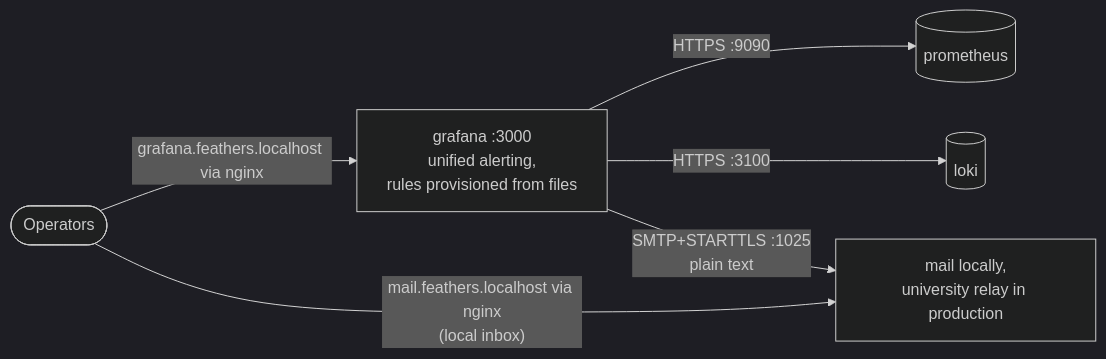
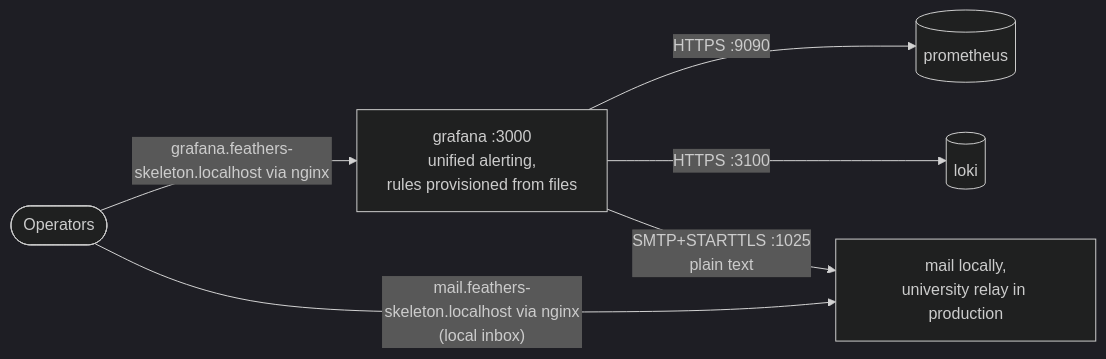
One commit to rabalyn/feathers-skeleton-stack changed the third of 3 diagrams in docs/adr_v2/diagrams/observability.md. Above: the diagram before and after it, drawn with Mermaid (dark theme). The commit also changed other lines of this file and 23 other files, not shown here.

First line of the commit message:
feat(stack): name the skeleton's project feathers-skeleton (ADR 0035)

````diff
--- a/docs/adr_v2/diagrams/observability.md
+++ b/docs/adr_v2/diagrams/observability.md
@@ -53,9 +53,9 @@
 ```mermaid
 flowchart LR
   grafana["grafana :3000<br>unified alerting,<br>rules provisioned from files"]
   grafana -->|"HTTPS :9090"| prom[("prometheus")]
   grafana -->|"HTTPS :3100"| loki[("loki")]
   grafana -->|"SMTP+STARTTLS :1025<br>plain text"| mail["mail locally,<br>university relay in production"]
-  people(["Operators"]) -->|"grafana.feathers.localhost via nginx"| grafana
-  people -->|"mail.feathers.localhost via nginx<br>(local inbox)"| mail
+  people(["Operators"]) -->|"grafana.feathers-skeleton.localhost via nginx"| grafana
+  people -->|"mail.feathers-skeleton.localhost via nginx<br>(local inbox)"| mail
 ```
````
